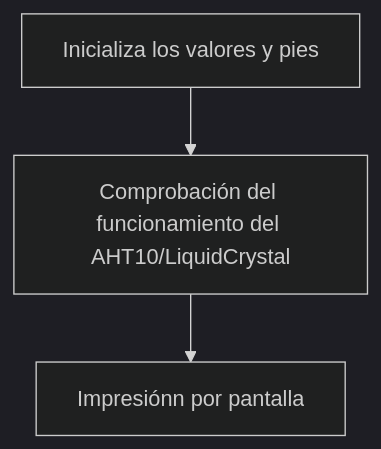
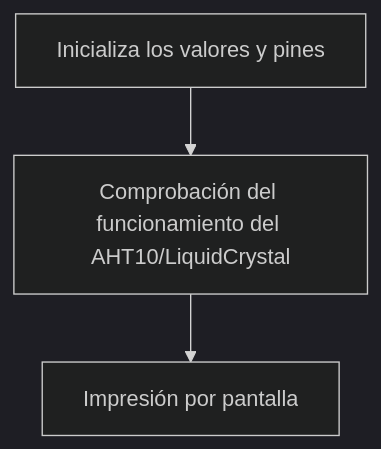
One commit to didac89/PD_P5 changed the first of 2 diagrams in README.md. Above: the diagram before and after it, drawn with Mermaid (dark theme). The commit also changed other lines of this file and 2 other files, not shown here.

````diff
--- a/README.md
+++ b/README.md
@@ -104,7 +112,7 @@
 ```mermaid
 
 flowchart TD;
-    A[Inicializa los valores y pies] -->B[Comprobación del funcionamiento del AHT10/LiquidCrystal ];    
-    B-->G[Impresiónn por pantalla ];
+    A[Inicializa los valores y pines] -->B[Comprobación del funcionamiento del AHT10/LiquidCrystal ];    
+    B-->G[Impresión por pantalla ];
 
 ```
````
